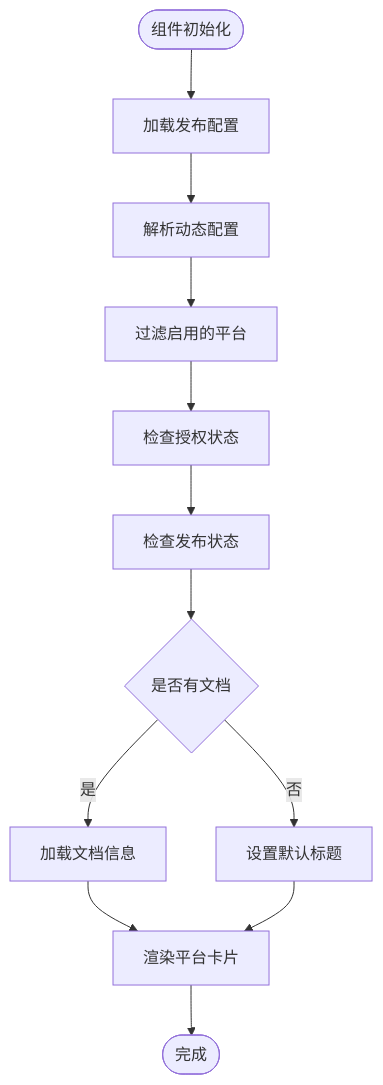
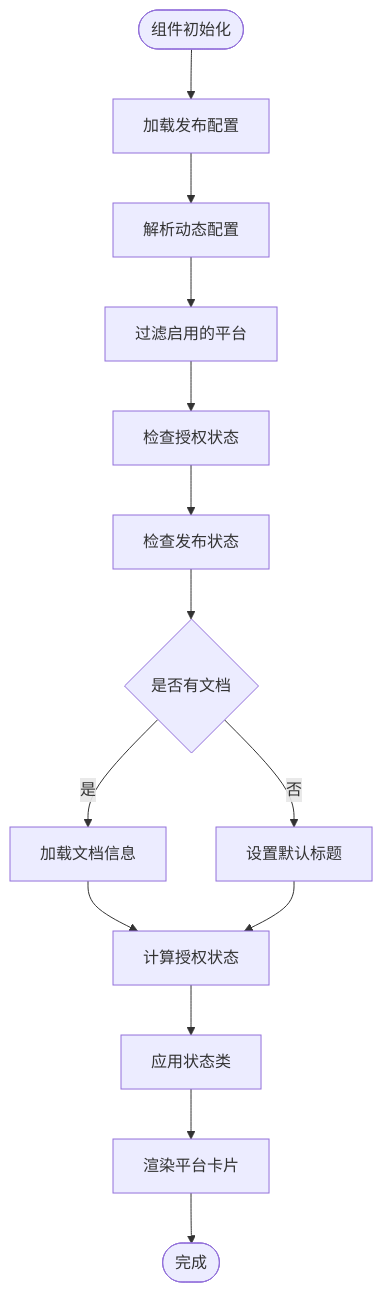
The fifth of 11 diagrams in .qoder/repowiki/zh/content/用户界面组件/发布组件/V2 平台卡片组件.md (terwer/siyuan-plugin-publisher), drawn with Mermaid before and after one commit. The commit also changed other lines of this file and 4 other files, not shown here.

````diff
--- a/.qoder/repowiki/zh/content/用户界面组件/发布组件/V2 平台卡片组件.md
+++ b/.qoder/repowiki/zh/content/用户界面组件/发布组件/V2 平台卡片组件.md
@@ -219,14 +241,16 @@
 ```mermaid
 flowchart TD
 Start([组件初始化]) --> LoadConfig["加载发布配置"]
 LoadConfig --> ParseConfig["解析动态配置"]
 ParseConfig --> FilterEnabled["过滤启用的平台"]
 FilterEnabled --> CheckAuth["检查授权状态"]
 CheckAuth --> CheckPublish["检查发布状态"]
 CheckPublish --> HasDoc{"是否有文档"}
 HasDoc --> |是| LoadDoc["加载文档信息"]
 HasDoc --> |否| SetDefault["设置默认标题"]
-LoadDoc --> RenderCards["渲染平台卡片"]
-SetDefault --> RenderCards
+LoadDoc --> CalculateStatus["计算授权状态"]
+SetDefault --> CalculateStatus
+CalculateStatus --> ApplyClasses["应用状态类"]
+ApplyClasses --> RenderCards["渲染平台卡片"]
 RenderCards --> End([完成])
 ```
````
